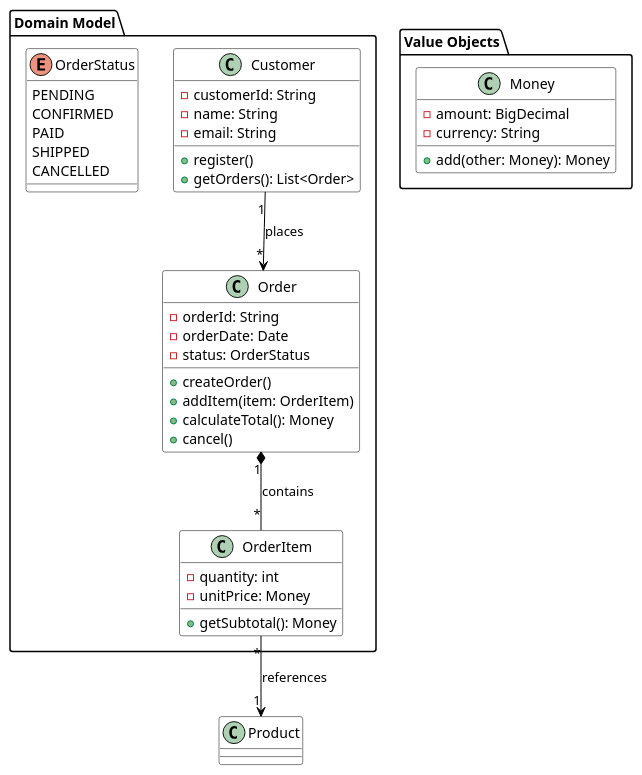
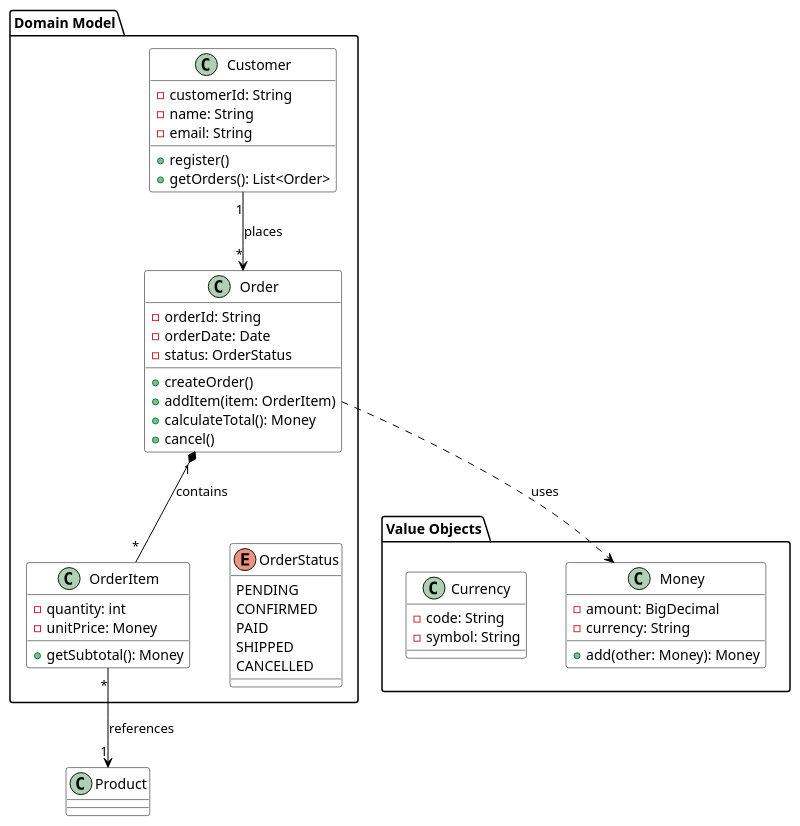
One commit to cloud-native-tools/cws-lib-bash changed the tenth of 10 diagrams in .specify/skills/draw-plantuml/references/howto/02-class-diagram.md. Above: the diagram before and after it, drawn with PlantUML. The commit also changed other lines of this file and 427 other files, not shown here.

````diff
--- a/.specify/skills/draw-plantuml/references/howto/02-class-diagram.md
+++ b/.specify/skills/draw-plantuml/references/howto/02-class-diagram.md
@@ -221,55 +221,69 @@
 ```plantuml
 @startuml
+' Semantic Layout: Hub=Order, Edge=OrderItem/Customer, Peer=Money/OrderStatus, Sink=Repository
+skinparam nodesep 40
+skinparam ranksep 60
 skinparam class {
   BackgroundColor White
   ArrowColor Black
   BorderColor Black
 }
 
 package "Domain Model" {
   class Customer {
     - customerId: String
     - name: String
     - email: String
     + register()
     + getOrders(): List<Order>
   }
 
   class Order {
     - orderId: String
     - orderDate: Date
     - status: OrderStatus
     + createOrder()
     + addItem(item: OrderItem)
     + calculateTotal(): Money
     + cancel()
   }
 
   class OrderItem {
     - quantity: int
     - unitPrice: Money
     + getSubtotal(): Money
   }
 
   enum OrderStatus {
     PENDING
     CONFIRMED
     PAID
     SHIPPED
     CANCELLED
   }
 }
 
 package "Value Objects" {
-  class Money {
-    - amount: BigDecimal
-    - currency: String
-    + add(other: Money): Money
+  together {
+    class Money {
+      - amount: BigDecimal
+      - currency: String
+      + add(other: Money): Money
+    }
+    class Currency {
+      - code: String
+      - symbol: String
+    }
   }
 }
 
+' Hub: Order is the central domain class
 Customer "1" --> "*" Order : places
 Order "1" *-- "*" OrderItem : contains
 OrderItem "*" --> "1" Product : references
+' Dependency (weak reference) uses dotted arrow
+Order ..> Money : uses
+' Hidden link to enforce top-down inheritance flow
+Order -[hidden]d-> OrderStatus
 @enduml
 ```
````
